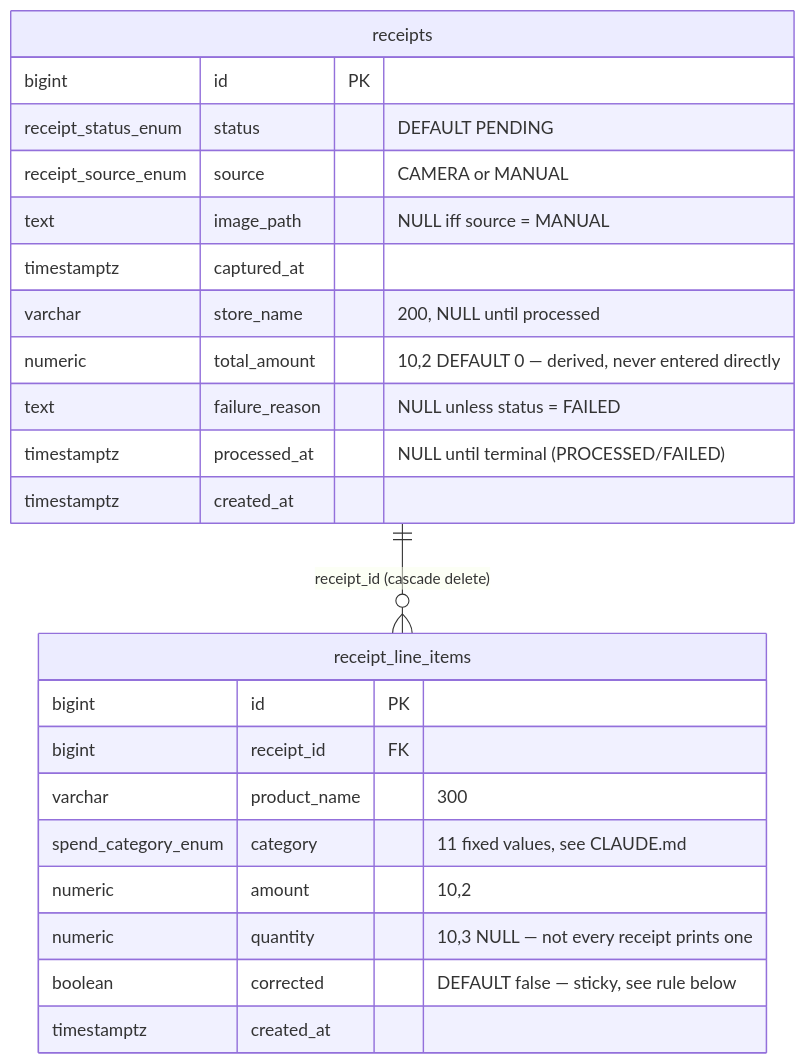
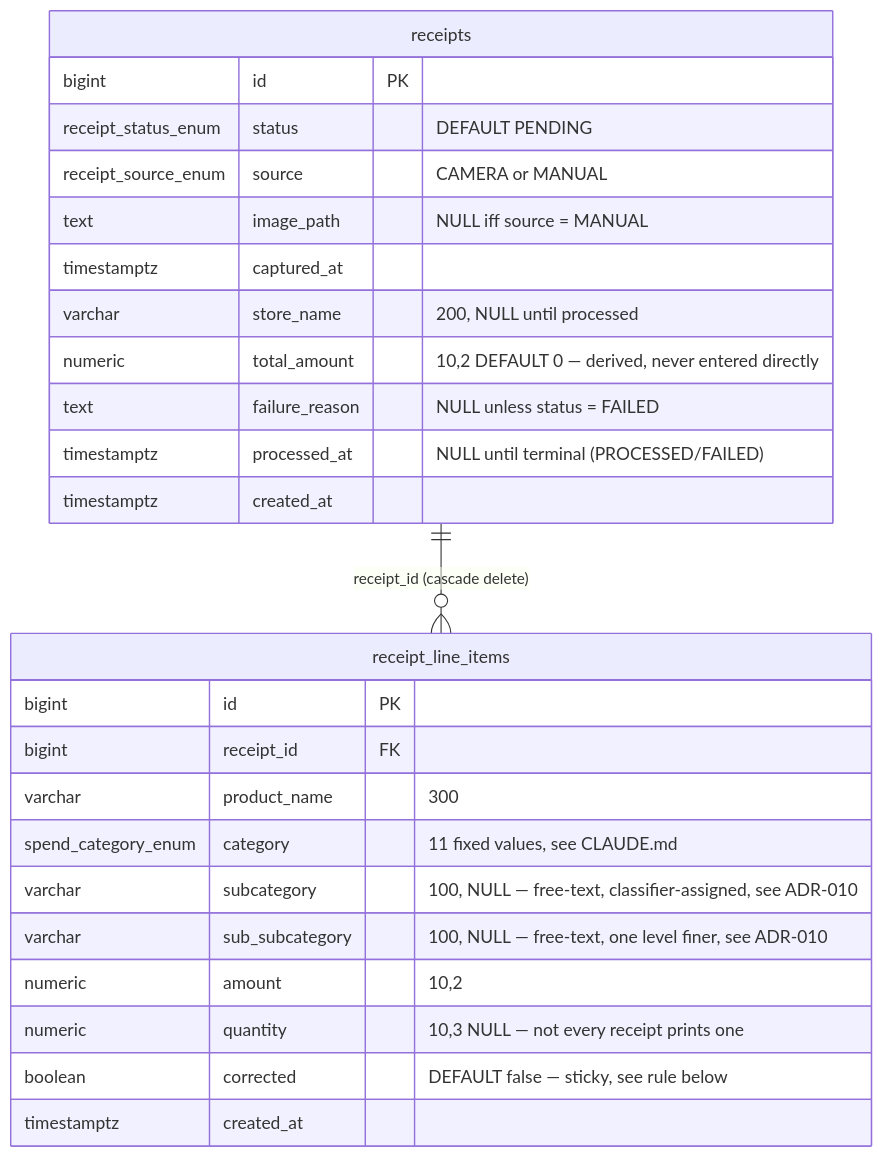
One commit to emicon123/receipts changed the diagram in docs/architecture/02-domain-model-and-schema.md. Above: the diagram before and after it, drawn with Mermaid. The commit also changed other lines of this file and 43 other files, not shown here.

````diff
--- a/docs/architecture/02-domain-model-and-schema.md
+++ b/docs/architecture/02-domain-model-and-schema.md
@@ -30,27 +35,29 @@
 ```mermaid
 erDiagram
     receipts ||--o{ receipt_line_items : "receipt_id (cascade delete)"
 
     receipts {
         bigint id PK
         receipt_status_enum status "DEFAULT PENDING"
         receipt_source_enum source "CAMERA or MANUAL"
         text image_path "NULL iff source = MANUAL"
         timestamptz captured_at
         varchar store_name "200, NULL until processed"
         numeric total_amount "10,2 DEFAULT 0 — derived, never entered directly"
         text failure_reason "NULL unless status = FAILED"
         timestamptz processed_at "NULL until terminal (PROCESSED/FAILED)"
         timestamptz created_at
     }
     receipt_line_items {
         bigint id PK
         bigint receipt_id FK
         varchar product_name "300"
         spend_category_enum category "11 fixed values, see CLAUDE.md"
+        varchar subcategory "100, NULL — free-text, classifier-assigned, see ADR-010"
+        varchar sub_subcategory "100, NULL — free-text, one level finer, see ADR-010"
         numeric amount "10,2"
         numeric quantity "10,3 NULL — not every receipt prints one"
         boolean corrected "DEFAULT false — sticky, see rule below"
         timestamptz created_at
     }
 ```
````
